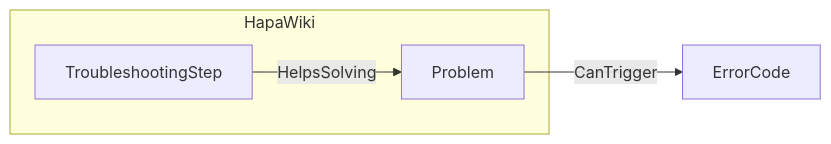
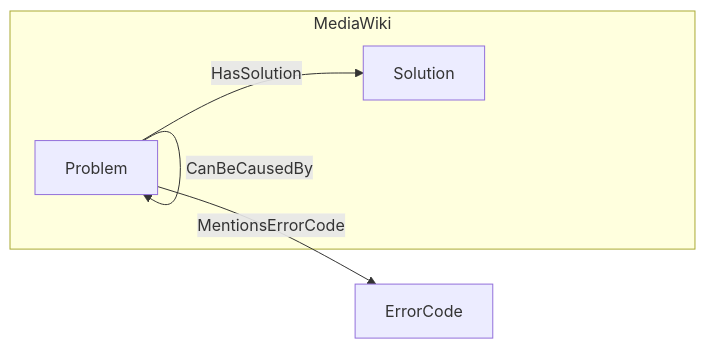
Before and after one commit to dataspects/dataspectsSupportOntology: the diagram in Ontology.mermaid, drawn with Mermaid.

```diff
--- a/Ontology.mermaid
+++ b/Ontology.mermaid
@@ -1,5 +1,8 @@
 graph LR
-subgraph HapaWiki
-  TroubleshootingStep -->|HelpsSolving| Problem
+subgraph MediaWiki
+  Problem
+  Solution
+  Problem -->|HasSolution|Solution
+  Problem -->|CanBeCausedBy|Problem
 end
-  Problem -->|CanTrigger| ErrorCode
+  Problem -->|MentionsErrorCode|ErrorCode
```
